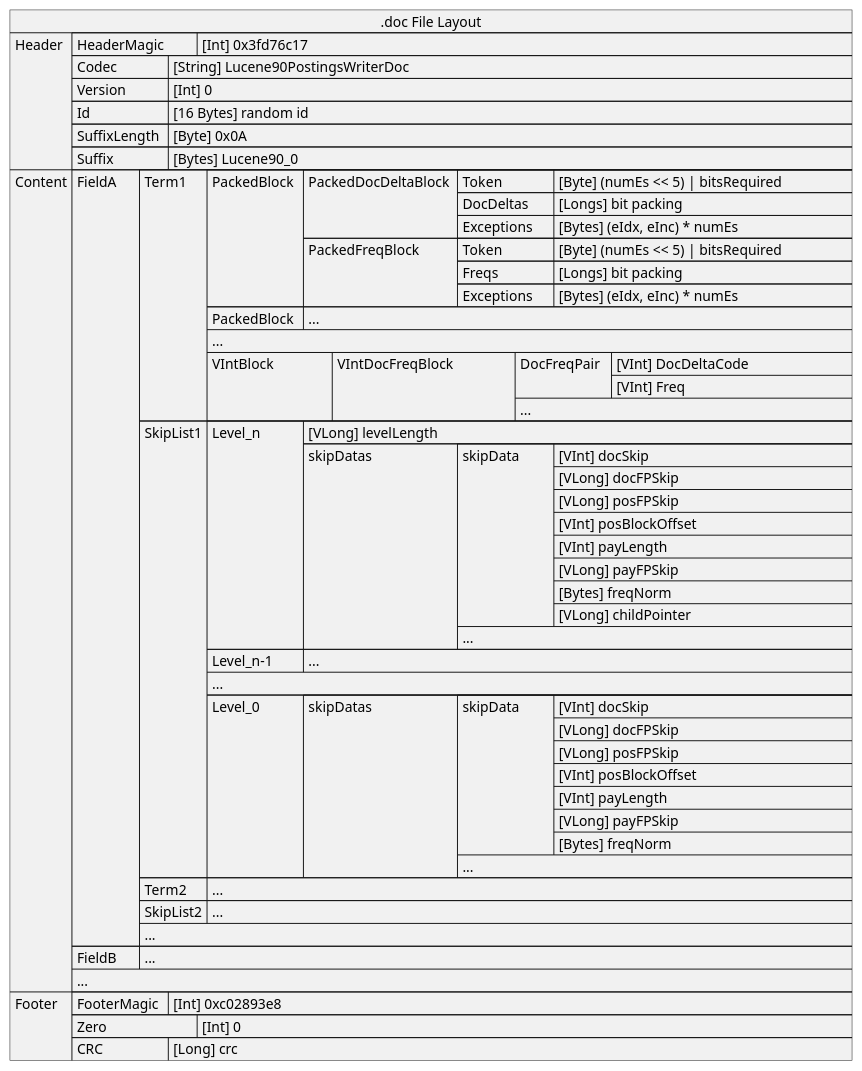
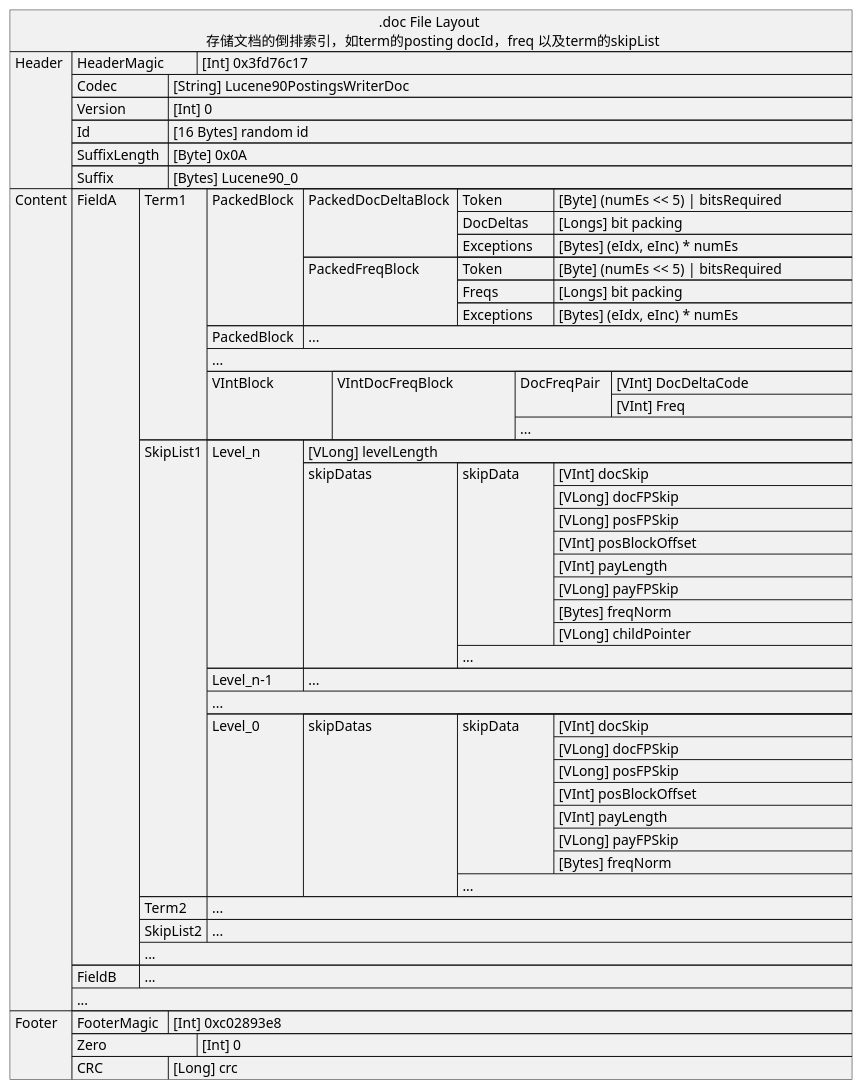
One commit to big-peter/lucene changed the diagram in uml/fileLayout/01.doc.puml. Above: the diagram before and after it, drawn with PlantUML. The commit also changed 7 other files, not shown here.

Commit message:
add uml desc

```diff
--- a/uml/fileLayout/01.doc.puml
+++ b/uml/fileLayout/01.doc.puml
@@ -46,87 +46,87 @@
 @startuml
-json ".doc File Layout" as J {
+json ".doc File Layout \n 存储文档的倒排索引，如term的posting docId，freq 以及term的skipList" as J {
    "Header":[
       {"HeaderMagic\t": "[Int] 0x3fd76c17"},
       {"Codec\t\t": "[String] Lucene90PostingsWriterDoc"},
       {"Version\t\t": "[Int] 0"},
       {"Id\t\t\t": "[16 Bytes] random id"},
       {"SuffixLength\t": "[Byte] 0x0A"},
       {"Suffix\t\t": "[Bytes] Lucene90_0"}
    ],
    "Content":[
     {"FieldA\t": [
       {"Term1\t": [
          {"PackedBlock\t":[
             {"PackedDocDeltaBlock\t":[
                {"Token\t\t": "[Byte] (numEs << 5) | bitsRequired\t"},
                {"DocDeltas\t": "[Longs] bit packing"},
                {"Exceptions\t": "[Bytes] (eIdx, eInc) * numEs"}
             ]},
             {"PackedFreqBlock\t\t":[
               {"Token\t\t": "[Byte] (numEs << 5) | bitsRequired\t"},
               {"Freqs\t\t": "[Longs] bit packing"},
               {"Exceptions\t": "[Bytes] (eIdx, eInc) * numEs"}
             ]}
          ]},
          {"PackedBlock\t":["..."]},
          "...",
          {"VIntBlock\t\t":[
             {"VIntDocFreqBlock\t\t": [
                {"DocFreqPair\t": [
                   "[VInt] DocDeltaCode\t\t\t\t",
                   "[VInt] Freq"
                ]},
                "..."
             ]}
          ]}
       ]},
       {"SkipList1\t": [
          {"Level_n\t\t": [
             "[VLong] levelLength",
             {"skipDatas\t\t\t":[
                {"skipData\t\t":[
                   "[VInt] docSkip",
                   "[VLong] docFPSkip",
                   "[VLong] posFPSkip",
                   "[VInt] posBlockOffset\t\t\t\t",
                   "[VInt] payLength",
                   "[VLong] payFPSkip",
                   "[Bytes] freqNorm",
                   "[VLong] childPointer"
                ]},
                "..."
             ]
             }
          ]},
          {"Level_n-1\t": ["..."]},
          "...",
          {"Level_0\t\t": [
             {"skipDatas\t\t\t":[
                {"skipData\t\t":[
                   "[VInt] docSkip",
                   "[VLong] docFPSkip",
                   "[VLong] posFPSkip",
                   "[VInt] posBlockOffset\t\t\t\t",
                   "[VInt] payLength",
                   "[VLong] payFPSkip",
                   "[Bytes] freqNorm"
                ]},
                "..."
             ]
             }
          ]}
       ]},
       {"Term2\t": ["..."]},
       {"SkipList2\t": ["..."]},
       "..."
     ]},
     {"FieldB\t":["..."]},
     "..."
    ],
    "Footer":[
       {"FooterMagic\t": "[Int] 0xc02893e8"},
       {"Zero\t\t\t": "[Int] 0"},
       {"CRC\t\t\t": "[Long] crc"}
    ]
 }
 @enduml
```
